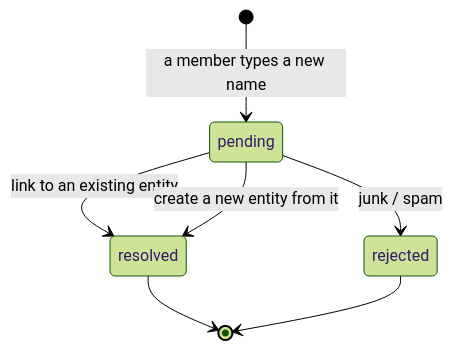
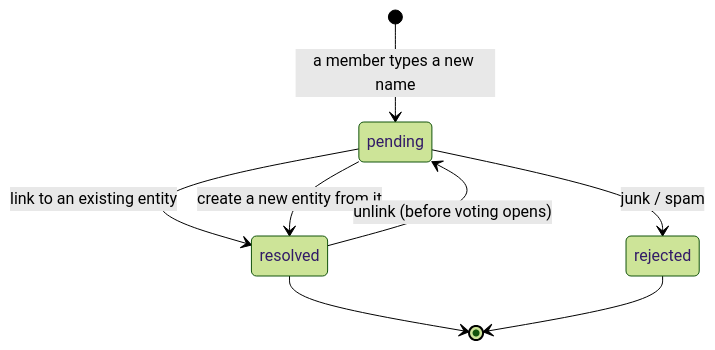
One commit to soma-labs/rominas-api changed the diagram in docs/nominee-reconciliation.md. Above: the diagram before and after it, drawn with Mermaid (forest theme). The commit also changed other lines of this file and 7 other files, not shown here.

First line of the commit message:
Allow admins to unlink a resolved nominee submission

````diff
--- a/docs/nominee-reconciliation.md
+++ b/docs/nominee-reconciliation.md
@@ -13,9 +13,10 @@
 ```mermaid
 stateDiagram-v2
     [*] --> pending : a member types a new name
     pending --> resolved : link to an existing entity
     pending --> resolved : create a new entity from it
     pending --> rejected : junk / spam
+    resolved --> pending : unlink (before voting opens)
     resolved --> [*]
     rejected --> [*]
 ```
````
